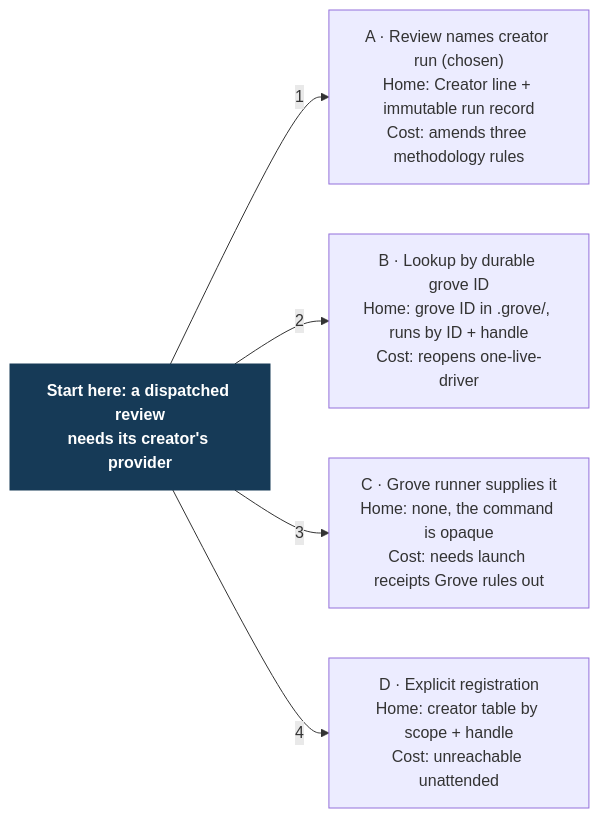
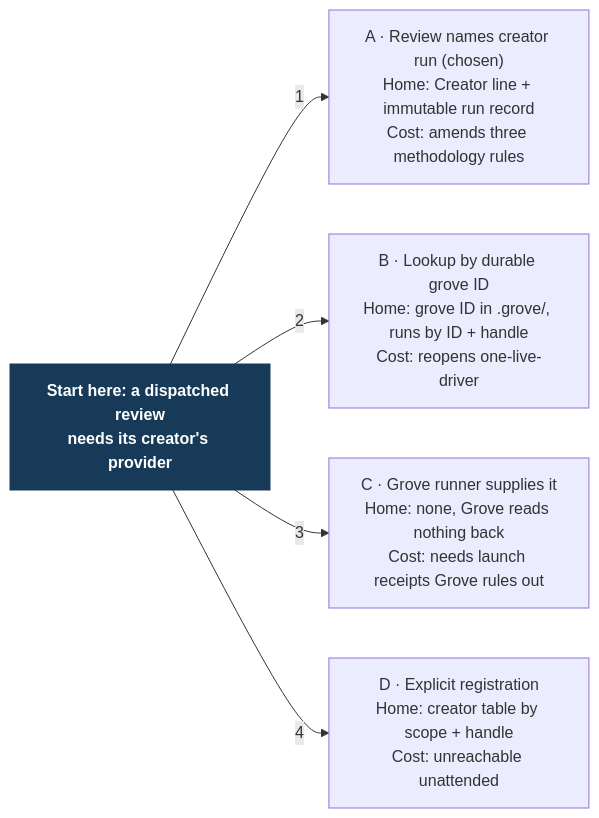
The diagram in docs/design/harness-selection-and-execution/creator-options.mmd (Linkuistics/grove), drawn with Mermaid before and after one commit. The commit also changed 20 other files, not shown here.

First line of the commit message:
direct-dispatch-k3: design Grove's direct launch through harness-dispatch; cut direct-dispatch-k5 to review it

```diff
--- a/docs/design/harness-selection-and-execution/creator-options.mmd
+++ b/docs/design/harness-selection-and-execution/creator-options.mmd
@@ -1,11 +1,11 @@
 flowchart LR
   Q["Start here: a dispatched review\nneeds its creator's provider"]:::start
   A["A · Review names creator run (chosen)\nHome: Creator line + immutable run record\nCost: amends three methodology rules"]
   B["B · Lookup by durable grove ID\nHome: grove ID in .grove/, runs by ID + handle\nCost: reopens one-live-driver"]
-  C["C · Grove runner supplies it\nHome: none, the command is opaque\nCost: needs launch receipts Grove rules out"]
+  C["C · Grove runner supplies it\nHome: none, Grove reads nothing back\nCost: needs launch receipts Grove rules out"]
   D["D · Explicit registration\nHome: creator table by scope + handle\nCost: unreachable unattended"]
   Q -->|"1"| A
   Q -->|"2"| B
   Q -->|"3"| C
   Q -->|"4"| D
   classDef start fill:#163a57,color:#fff,stroke:#163a57,font-weight:bold
```
